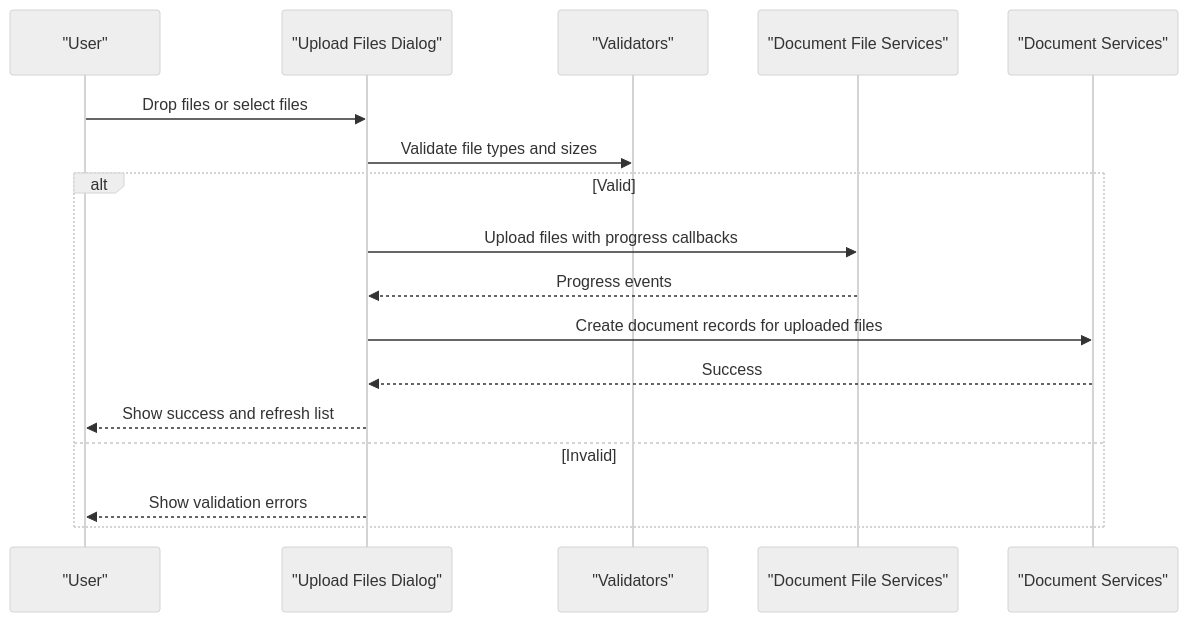
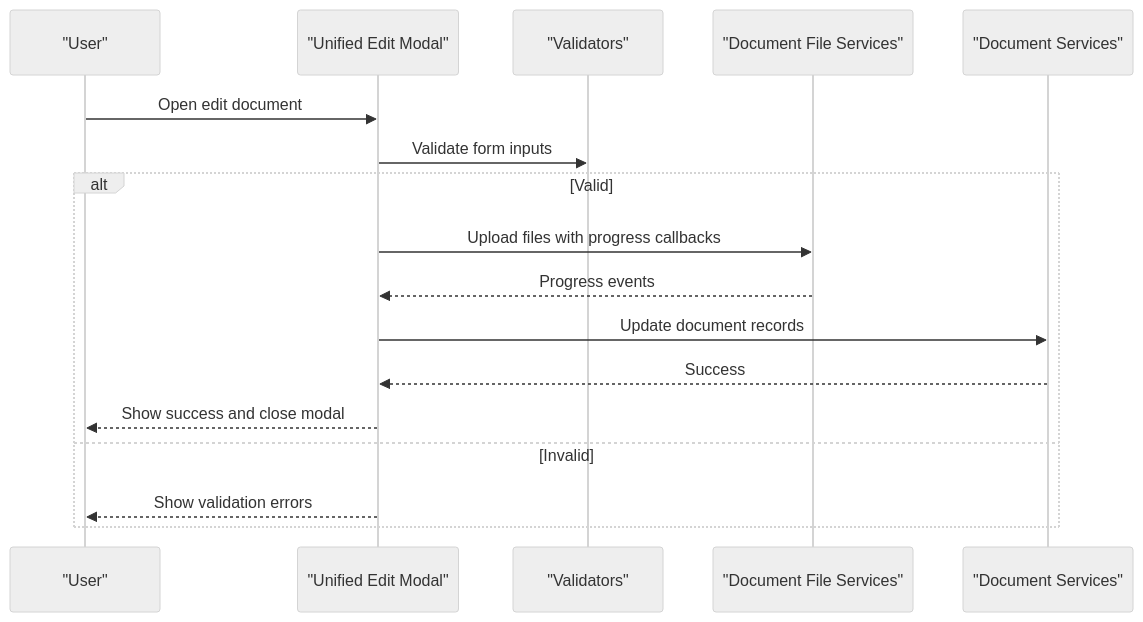
The fifth of 7 diagrams in .qoder/repowiki/en/content/Data Management Modules/Document Management.md (ngothanhtung/claude-code-shadcn-dashboard), drawn with Mermaid (neutral theme) before and after one commit. The commit also changed other lines of this file and 165 other files, not shown here.

````diff
--- a/.qoder/repowiki/en/content/Data Management Modules/Document Management.md
+++ b/.qoder/repowiki/en/content/Data Management Modules/Document Management.md
@@ -240,19 +252,19 @@
 ```mermaid
 sequenceDiagram
 participant User as "User"
-participant Dialog as "Upload Files Dialog"
+participant EditModal as "Unified Edit Modal"
 participant Validator as "Validators"
 participant FileSvc as "Document File Services"
 participant DocSvc as "Document Services"
-User->>Dialog : Drop files or select files
-Dialog->>Validator : Validate file types and sizes
+User->>EditModal : Open edit document
+EditModal->>Validator : Validate form inputs
 alt Valid
-Dialog->>FileSvc : Upload files with progress callbacks
-FileSvc-->>Dialog : Progress events
-Dialog->>DocSvc : Create document records for uploaded files
-DocSvc-->>Dialog : Success
-Dialog-->>User : Show success and refresh list
+EditModal->>FileSvc : Upload files with progress callbacks
+FileSvc-->>EditModal : Progress events
+EditModal->>DocSvc : Update document records
+DocSvc-->>EditModal : Success
+EditModal-->>User : Show success and close modal
 else Invalid
-Dialog-->>User : Show validation errors
+EditModal-->>User : Show validation errors
 end
 ```
````
